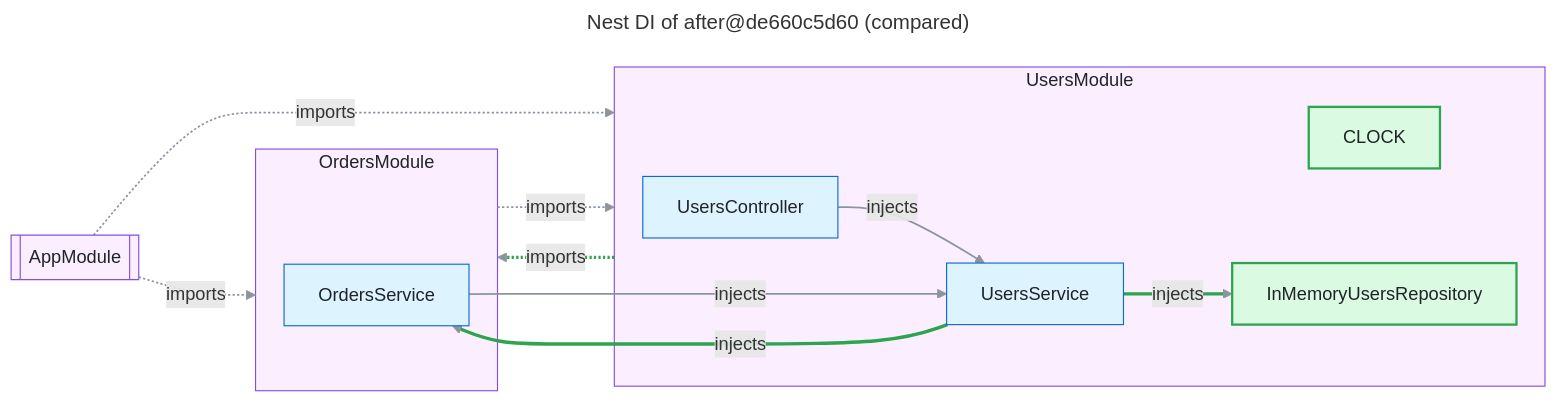
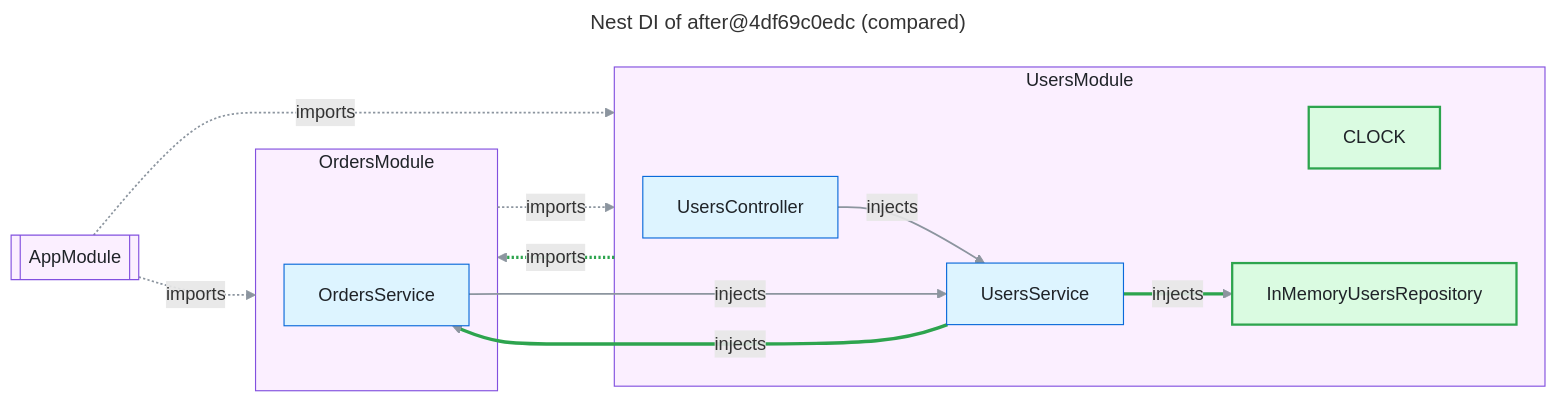
Before and after one commit to FullFran/archsieve: the diagram in examples/nest-shop/nest-compare.mmd, drawn with Mermaid. The commit also changed 22 other files, not shown here.

```diff
--- a/examples/nest-shop/nest-compare.mmd
+++ b/examples/nest-shop/nest-compare.mmd
@@ -1,38 +1,38 @@
 ---
-title: "Nest DI of after@de660c5d60 (compared)"
+title: "Nest DI of after@4df69c0edc (compared)"
 ---
 flowchart LR
   n1[["AppModule"]]:::module
   subgraph n2["OrdersModule"]
     n4["OrdersService"]:::code
   end
   style n2 fill:#fbefff,stroke:#8250df,color:#1f2328
   subgraph n3["UsersModule"]
     n0["UsersController"]:::code
     n5["CLOCK"]:::added
     n6["InMemoryUsersRepository"]:::added
     n7["UsersService"]:::code
   end
   style n3 fill:#fbefff,stroke:#8250df,color:#1f2328
   n0 -->|"injects"| n7
   n1 -.->|"imports"| n2
   n1 -.->|"imports"| n3
   n2 -.->|"imports"| n3
   n3 -.->|"imports"| n2
   n4 -->|"injects"| n7
   n7 -->|"injects"| n4
   n7 -->|"injects"| n6
   linkStyle default stroke:#8c959f,stroke-width:1.5px
   linkStyle 4 stroke:#2da44e,stroke-width:3px
   linkStyle 6 stroke:#2da44e,stroke-width:3px
   linkStyle 7 stroke:#2da44e,stroke-width:3px
   classDef code fill:#ddf4ff,stroke:#0969da,color:#1f2328
   classDef external fill:#fff8c5,stroke:#9a6700,color:#1f2328
   classDef module fill:#fbefff,stroke:#8250df,color:#1f2328
   classDef added fill:#dafbe1,stroke:#2da44e,stroke-width:2px,color:#1f2328
   classDef removed fill:#ffebe9,stroke:#cf222e,stroke-dasharray:4 3,color:#1f2328
   classDef boundary fill:#f6f8fa,stroke:#57606a,stroke-dasharray:6 4,color:#1f2328
   classDef container fill:#ddf4ff,stroke:#0969da,stroke-width:2px,color:#1f2328
   classDef unverified fill:#ffffff,stroke:#0969da,stroke-width:2px,stroke-dasharray:5 3,color:#1f2328
   classDef undeclared fill:#fff1e5,stroke:#bc4c00,stroke-width:2px,color:#1f2328
   classDef focus fill:#ddf4ff,stroke:#0969da,stroke-width:4px,color:#1f2328
```
